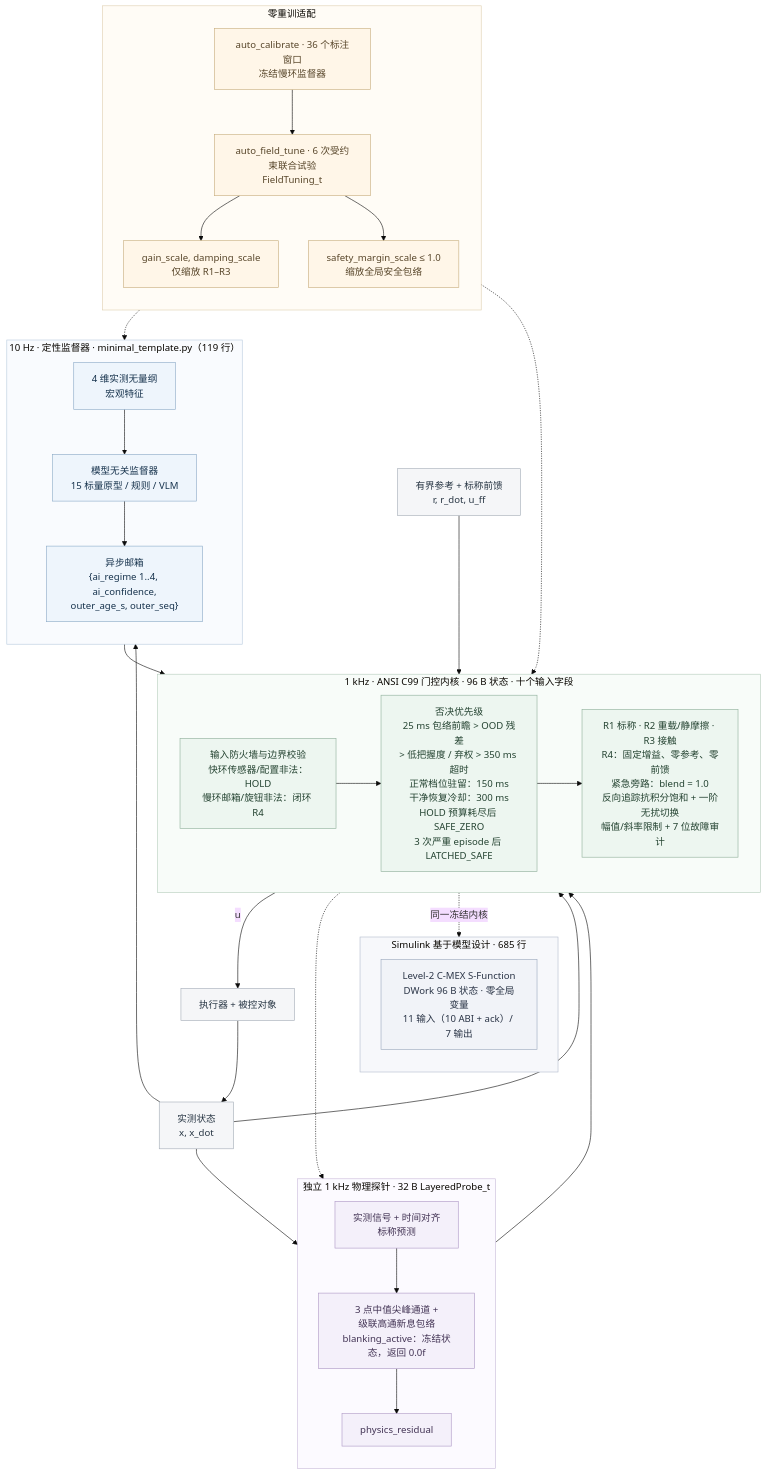
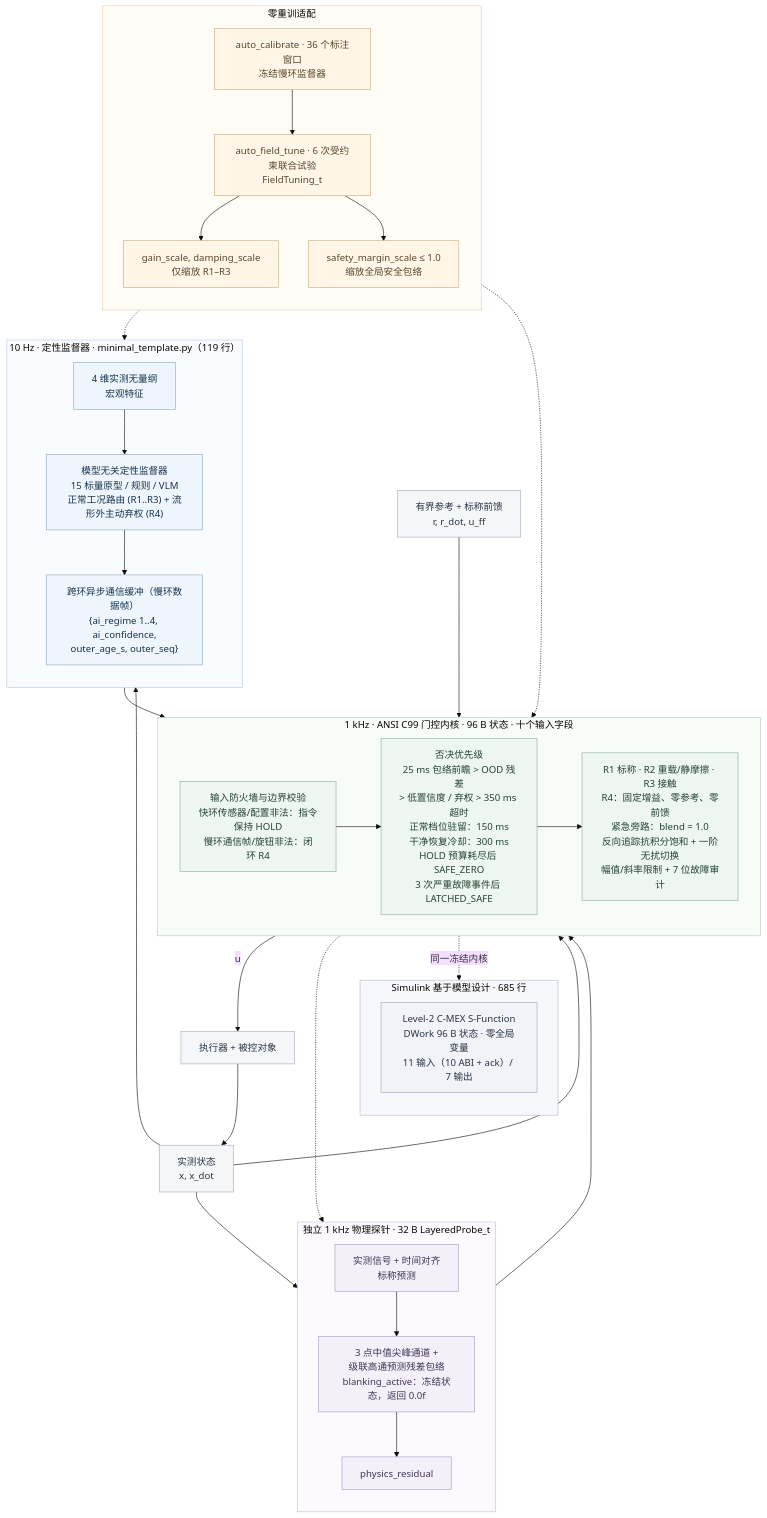
Before and after one commit to lijiawei255/ai-layered-control: the diagram in README_zh.md, drawn with Mermaid (base theme). The commit also changed other lines of this file and 6 other files, not shown here.

````diff
--- a/README_zh.md
+++ b/README_zh.md
@@ -82,70 +84,70 @@
 ```mermaid
 flowchart TB
     subgraph slow["10 Hz · 定性监督器 · minimal_template.py（119 行）"]
         direction TB
         features["4 维实测无量纲<br/>宏观特征"]
-        supervisor["模型无关监督器<br/>15 标量原型 / 规则 / VLM"]
-        mailbox["异步邮箱<br/>{ai_regime 1..4, ai_confidence,<br/>outer_age_s, outer_seq}"]
+        supervisor["模型无关定性监督器<br/>15 标量原型 / 规则 / VLM<br/>正常工况路由 (R1..R3) + 流形外主动弃权 (R4)"]
+        mailbox["跨环异步通信缓冲（慢环数据帧）<br/>{ai_regime 1..4, ai_confidence,<br/>outer_age_s, outer_seq}"]
         features --> supervisor --> mailbox
     end
     subgraph probe["独立 1 kHz 物理探针 · 32 B LayeredProbe_t"]
         direction TB
         innovation["实测信号 + 时间对齐<br/>标称预测"]
-        channels["3 点中值尖峰通道 +<br/>级联高通新息包络<br/>blanking_active：冻结状态，返回 0.0f"]
+        channels["3 点中值尖峰通道 +<br/>级联高通预测残差包络<br/>blanking_active：冻结状态，返回 0.0f"]
         residual["physics_residual"]
         innovation --> channels --> residual
     end
     subgraph fast["1 kHz · ANSI C99 门控内核 · 96 B 状态 · 十个输入字段"]
         direction LR
-        firewall["输入防火墙与边界校验<br/>快环传感器/配置非法：HOLD<br/>慢环邮箱/旋钮非法：闭环 R4"]
-        gates["否决优先级<br/>25 ms 包络前瞻 > OOD 残差<br/>> 低把握度 / 弃权 > 350 ms 超时<br/>正常档位驻留：150 ms<br/>干净恢复冷却：300 ms<br/>HOLD 预算耗尽后 SAFE_ZERO<br/>3 次严重 episode 后 LATCHED_SAFE"]
+        firewall["输入防火墙与边界校验<br/>快环传感器/配置非法：指令保持 HOLD<br/>慢环通信帧/旋钮非法：闭环 R4"]
+        gates["否决优先级<br/>25 ms 包络前瞻 > OOD 残差<br/>> 低置信度 / 弃权 > 350 ms 超时<br/>正常档位驻留：150 ms<br/>干净恢复冷却：300 ms<br/>HOLD 预算耗尽后 SAFE_ZERO<br/>3 次严重故障事件后 LATCHED_SAFE"]
         bank["R1 标称 · R2 重载/静摩擦 · R3 接触<br/>R4：固定增益、零参考、零前馈<br/>紧急旁路：blend = 1.0<br/>反向追踪抗积分饱和 + 一阶无扰切换<br/>幅值/斜率限制 + 7 位故障审计"]
         firewall --> gates --> bank
     end
     subgraph mbd["Simulink 基于模型设计 · 685 行"]
         direction TB
         sfun["Level-2 C-MEX S-Function<br/>DWork 96 B 状态 · 零全局变量<br/>11 输入（10 ABI + ack）/ 7 输出"]
     end
     subgraph adapt["零重训适配"]
         direction TB
         calibrate["auto_calibrate · 36 个标注窗口<br/>冻结慢环监督器"]
         tune["auto_field_tune · 6 次受约束联合试验<br/>FieldTuning_t"]
         gains["gain_scale, damping_scale<br/>仅缩放 R1–R3"]
         margin["safety_margin_scale ≤ 1.0<br/>缩放全局安全包络"]
         calibrate --> tune
         tune --> gains
         tune --> margin
     end
     reference["有界参考 + 标称前馈<br/>r, r_dot, u_ff"]
     plant["执行器 + 被控对象"]
     sensor["实测状态<br/>x, x_dot"]
     reference --> fast
     slow --> fast
     probe --> fast
     fast -->|"u"| plant
     plant --> sensor
     sensor --> fast
     sensor --> slow
     sensor --> probe
     fast -.-> probe
     fast -.->|"同一冻结内核"| sfun
     adapt -.-> slow
     adapt -.-> fast
     classDef slowNode fill:#eef5fc,stroke:#8baac7,color:#17334d;
     classDef probeNode fill:#f4f0fa,stroke:#ad98c5,color:#423354;
     classDef coreNode fill:#edf6f0,stroke:#8eaf99,color:#244331;
     classDef adaptNode fill:#fff6e8,stroke:#c7ad7d,color:#58462a;
     classDef ioNode fill:#f5f6f8,stroke:#a4acb7,color:#283644;
     classDef mbdNode fill:#f1f3f8,stroke:#9aa7bd,color:#2a3446;
     class features,supervisor,mailbox slowNode;
     class innovation,channels,residual probeNode;
     class firewall,gates,bank coreNode;
     class calibrate,tune,gains,margin adaptNode;
     class reference,plant,sensor ioNode;
     class sfun mbdNode;
     style slow fill:#f9fbfe,stroke:#b8cbde
     style probe fill:#fcfaff,stroke:#c9bbda
     style fast fill:#f8fcf9,stroke:#b6cdbd
     style mbd fill:#f7f8fb,stroke:#b3bccd
     style adapt fill:#fffcf6,stroke:#dfcfaf
 ```
````
